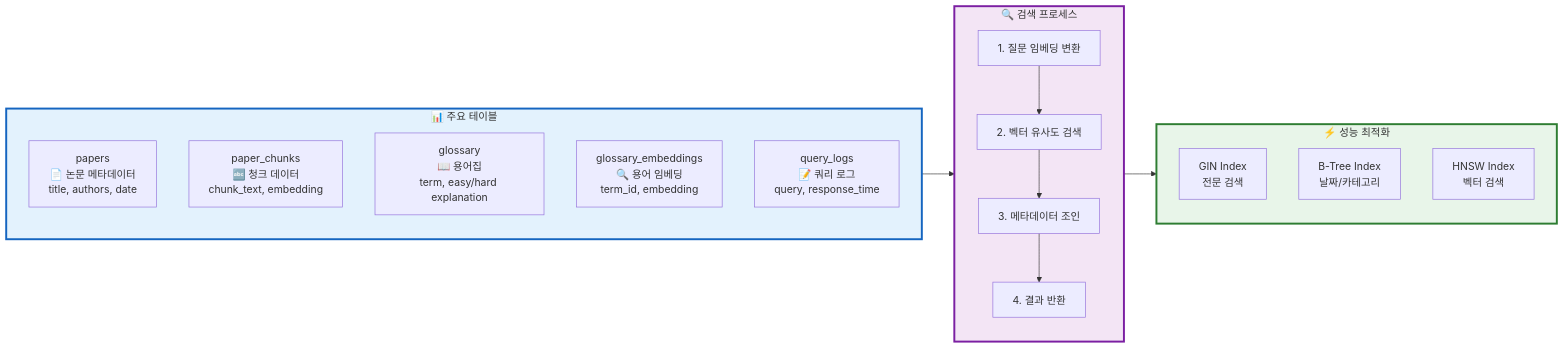
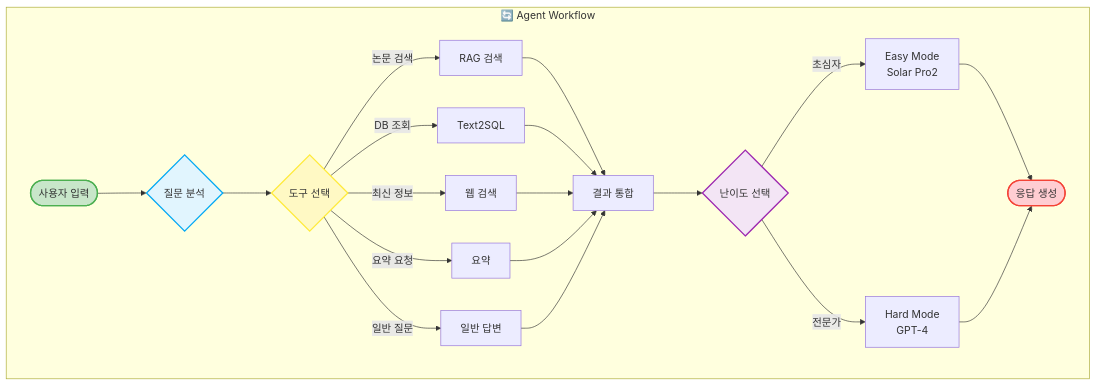
One commit to AIBootcamp14/langchainproject-new-langchainproject_5 changed the fourth of 10 diagrams in docs/PPT/new/02_프로젝트_목표_및_설계.md. Above: the diagram before and after it, drawn with Mermaid. The commit also changed other lines of this file, not shown here.

````diff
--- a/docs/PPT/new/02_프로젝트_목표_및_설계.md
+++ b/docs/PPT/new/02_프로젝트_목표_및_설계.md
@@ -259,38 +261,55 @@
 ```mermaid
-graph LR
-    subgraph Tables["📊 주요 테이블"]
-        direction TB
-        P[papers<br/>📄 논문 메타데이터<br/>title, authors, date]
-        PC[paper_chunks<br/>🔤 청크 데이터<br/>chunk_text, embedding]
-        G[glossary<br/>📖 용어집<br/>term, easy/hard explanation]
-        GE[glossary_embeddings<br/>🔍 용어 임베딩<br/>term_id, embedding]
-        QL[query_logs<br/>📝 쿼리 로그<br/>query, response_time]
+graph TB
+    subgraph Flow["🔄 Agent Workflow"]
+        START([사용자 입력])
+
+        ANALYZE{질문 분석}
+
+        ROUTE{도구 선택}
+
+        RAG_FLOW[RAG 검색]
+        SQL_FLOW[Text2SQL]
+        WEB_FLOW[웹 검색]
+        SUM_FLOW[요약]
+        GEN_FLOW[일반 답변]
+
+        COMBINE[결과 통합]
+
+        MODE{난이도 선택}
+
+        EASY[Easy Mode<br/>Solar Pro2]
+        HARD[Hard Mode<br/>GPT-4]
+
+        RESPONSE([응답 생성])
+
+        START --> ANALYZE
+        ANALYZE --> ROUTE
+
+        ROUTE -->|논문 검색| RAG_FLOW
+        ROUTE -->|DB 조회| SQL_FLOW
+        ROUTE -->|최신 정보| WEB_FLOW
+        ROUTE -->|요약 요청| SUM_FLOW
+        ROUTE -->|일반 질문| GEN_FLOW
+
+        RAG_FLOW --> COMBINE
+        SQL_FLOW --> COMBINE
+        WEB_FLOW --> COMBINE
+        SUM_FLOW --> COMBINE
+        GEN_FLOW --> COMBINE
+
+        COMBINE --> MODE
+
+        MODE -->|초심자| EASY
+        MODE -->|전문가| HARD
+
+        EASY --> RESPONSE
+        HARD --> RESPONSE
     end
 
-    subgraph Search["🔍 검색 프로세스"]
-        direction TB
-        S1[1. 질문 임베딩 변환]
-        S2[2. 벡터 유사도 검색]
-        S3[3. 메타데이터 조인]
-        S4[4. 결과 반환]
-
-        S1 --> S2
-        S2 --> S3
-        S3 --> S4
-    end
-
-    subgraph Performance["⚡ 성능 최적화"]
-        direction TB
-        IDX1[GIN Index<br/>전문 검색]
-        IDX2[B-Tree Index<br/>날짜/카테고리]
-        IDX3[HNSW Index<br/>벡터 검색]
-    end
-
-    Tables --> Search
-    Search --> Performance
-
     %% 스타일링
-    style Tables fill:#e3f2fd,stroke:#1565c0,stroke-width:3px
-    style Search fill:#f3e5f5,stroke:#7b1fa2,stroke-width:3px
-    style Performance fill:#e8f5e9,stroke:#2e7d32,stroke-width:3px
+    style START fill:#C8E6C9,stroke:#4CAF50,stroke-width:2px
+    style RESPONSE fill:#FFCDD2,stroke:#F44336,stroke-width:2px
+    style ANALYZE fill:#E1F5FE,stroke:#03A9F4,stroke-width:2px
+    style ROUTE fill:#FFF9C4,stroke:#FFEB3B,stroke-width:2px
+    style MODE fill:#F3E5F5,stroke:#9C27B0,stroke-width:2px
 ```
````
